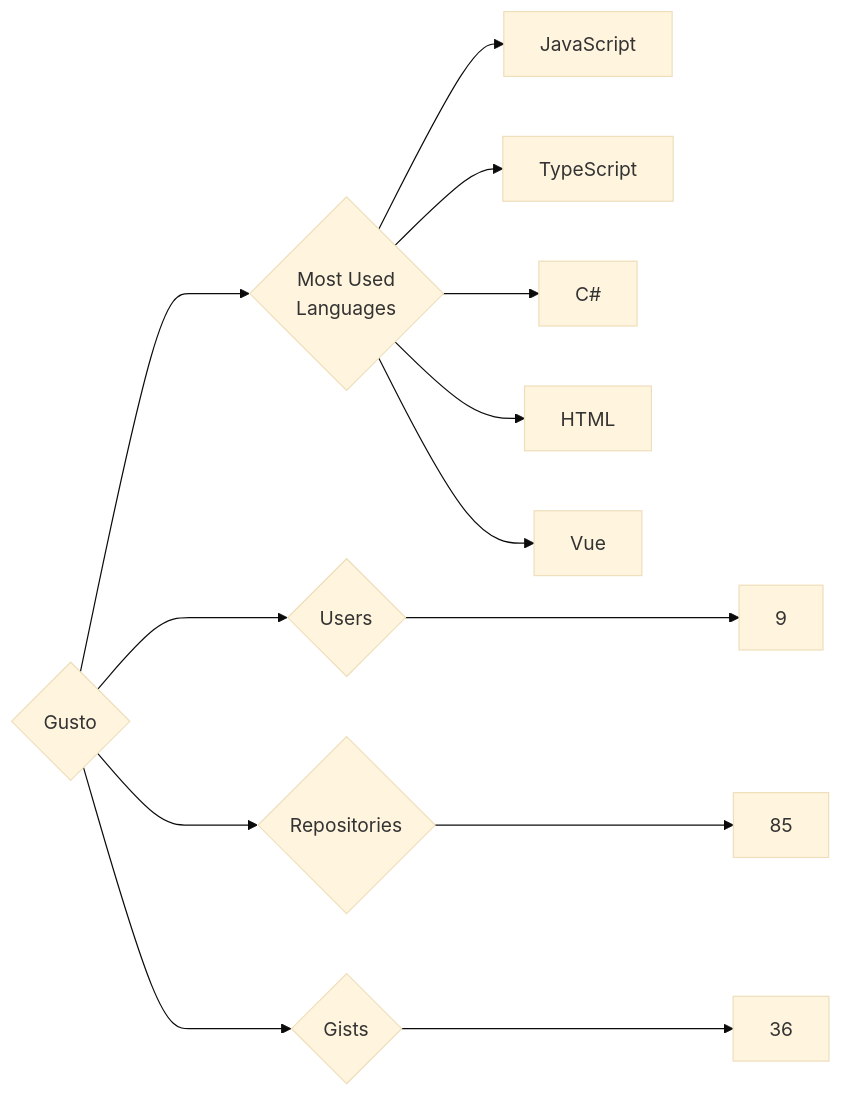
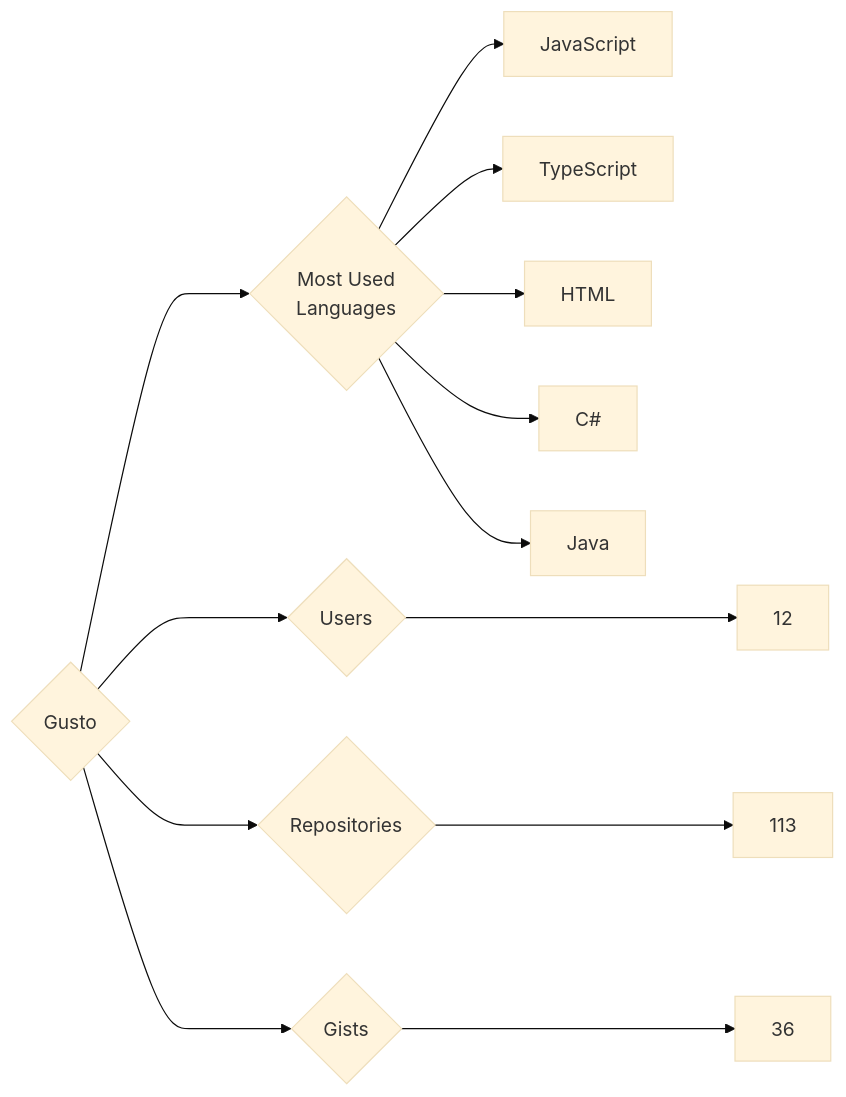
One commit to trickest/insiders changed the diagram in targets/Gusto/README.md. Above: the diagram before and after it, drawn with Mermaid (base theme). The commit also changed 1238 other files, not shown here.

````diff
--- a/targets/Gusto/README.md
+++ b/targets/Gusto/README.md
@@ -3,13 +3,13 @@
 ```mermaid
 graph LR
 COMPANY_NAME{Gusto}
-COMPANY_NAME ---> U{Users} ---> UN[9]
-COMPANY_NAME ---> R{Repositories} ---> RN[85]
+COMPANY_NAME ---> U{Users} ---> UN[12]
+COMPANY_NAME ---> R{Repositories} ---> RN[113]
 COMPANY_NAME ---> G{Gists} ---> GN[36]
 COMPANY_NAME ---> ML{Most Used<br>Languages}
 ML --> JavaScript[JavaScript]
 ML --> TypeScript[TypeScript]
+ML --> HTML[HTML]
 ML --> C#[C#]
-ML --> HTML[HTML]
-ML --> Vue[Vue]
+ML --> Java[Java]
 ```
````
